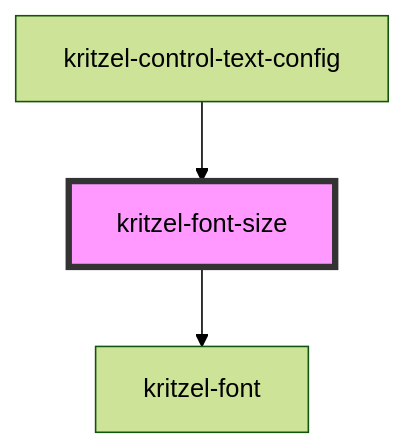
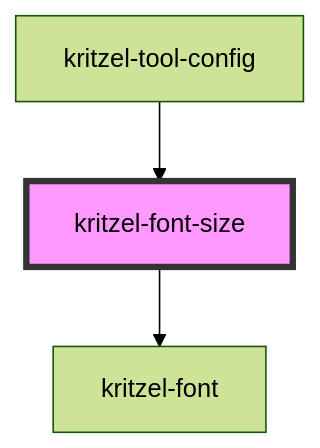
Before and after one commit to kasual1/kritzel: the diagram in libs/kritzel-stencil/src/components/shared/kritzel-font-size/readme.md, drawn with Mermaid (forest theme). The commit also changed other lines of this file and 20 other files, not shown here.

````diff
--- a/libs/kritzel-stencil/src/components/shared/kritzel-font-size/readme.md
+++ b/libs/kritzel-stencil/src/components/shared/kritzel-font-size/readme.md
@@ -35,6 +35,6 @@
 ```mermaid
 graph TD;
   kritzel-font-size --> kritzel-font
-  kritzel-control-text-config --> kritzel-font-size
+  kritzel-tool-config --> kritzel-font-size
   style kritzel-font-size fill:#f9f,stroke:#333,stroke-width:4px
 ```
````
